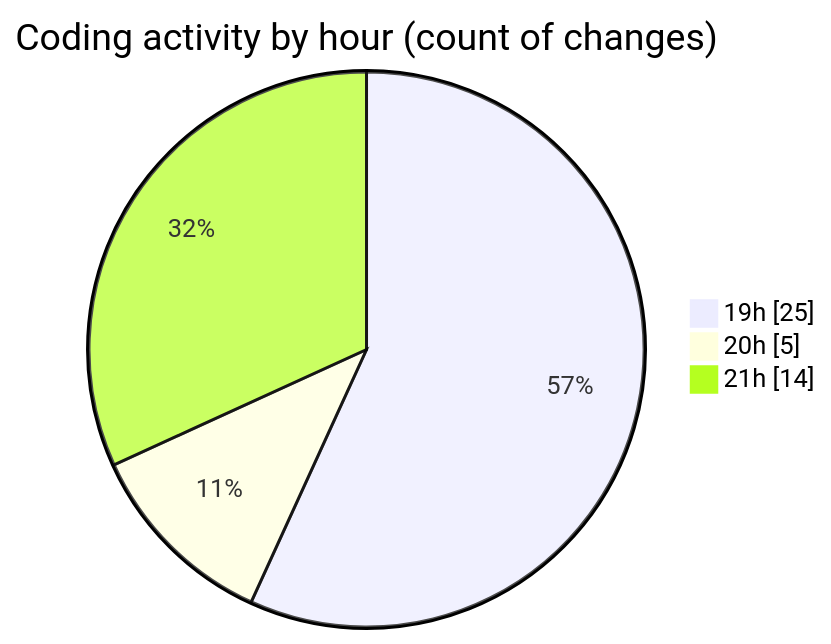
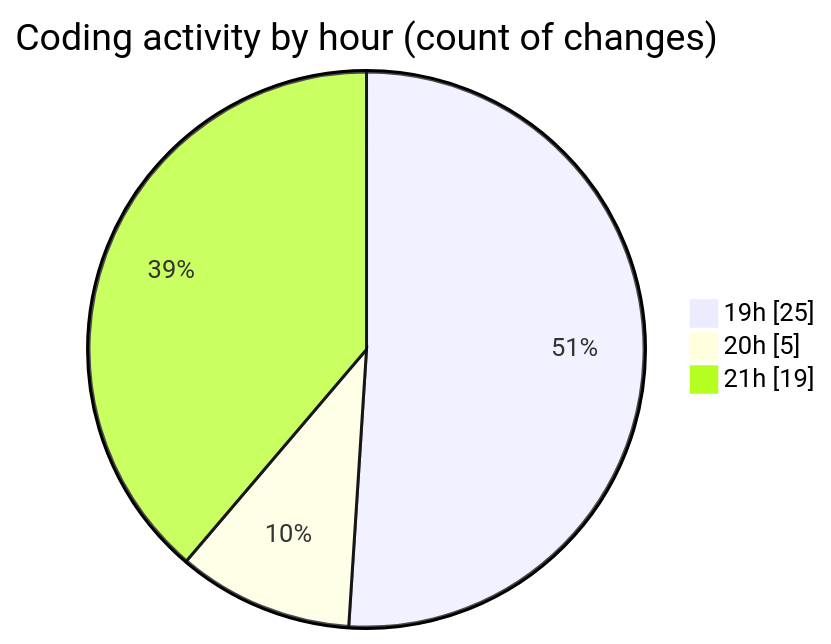
The second of 2 diagrams in 2025-02-28/cda/README.md (momahboobian/code-tracking), drawn with Mermaid before and after one commit. The commit also changed other lines of this file and 1 other file, not shown here.

````diff
--- a/2025-02-28/cda/README.md
+++ b/2025-02-28/cda/README.md
@@ -34,7 +34,7 @@
 ```mermaid
 pie showData
 title Coding activity by hour (count of changes)
 "19h" : 25
 "20h" : 5
-"21h" : 14
+"21h" : 19
 ```
````
